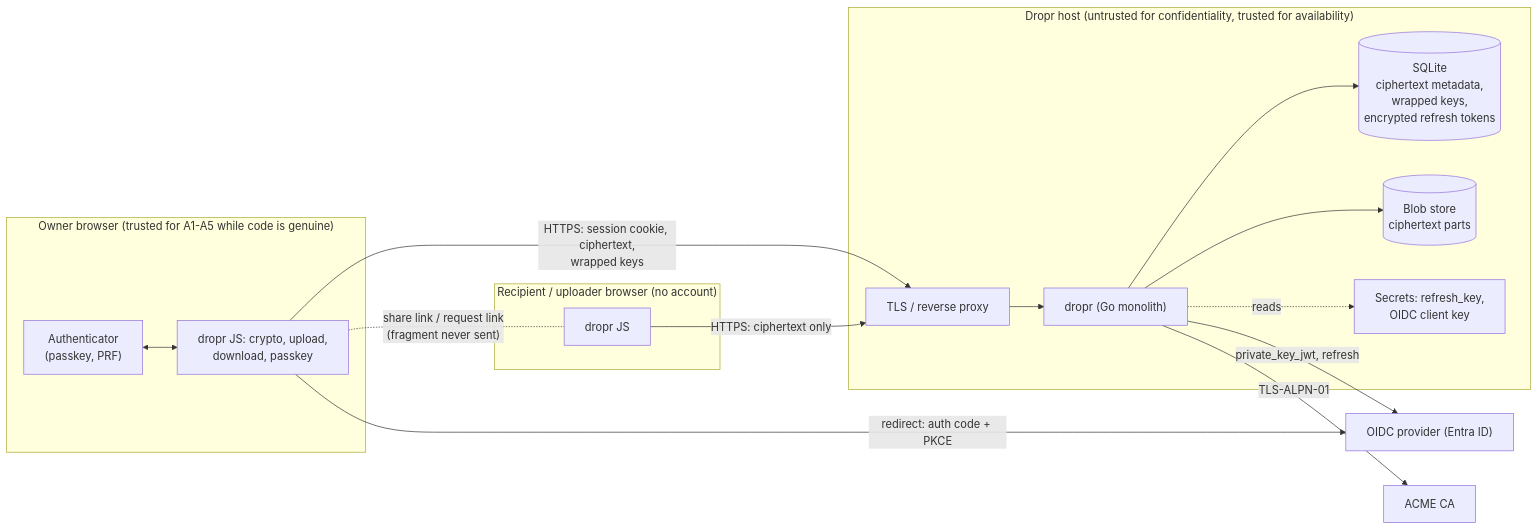
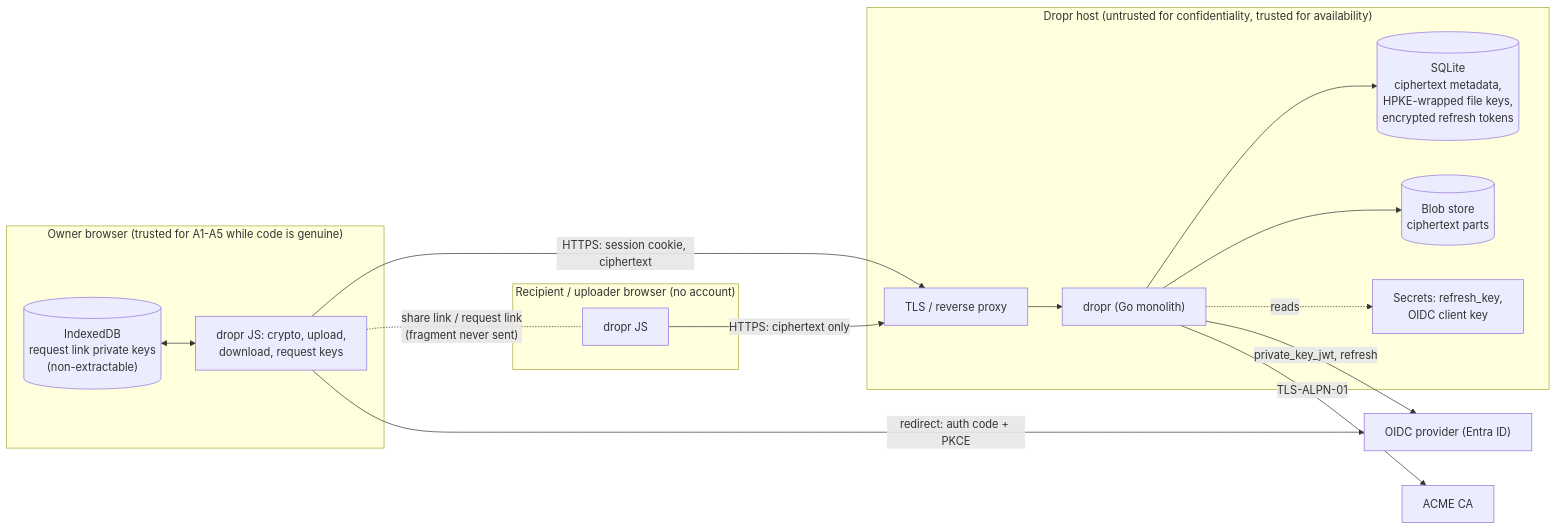
The diagram in docs/THREAT_MODEL.md (Scttpr/Dropr), drawn with Mermaid before and after one commit. The commit also changed other lines of this file and 9 other files, not shown here.

First line of the commit message:
docs: replace passkeys with per-link browser keys

````diff
--- a/docs/THREAT_MODEL.md
+++ b/docs/THREAT_MODEL.md
@@ -47,31 +47,31 @@
 ```mermaid
 flowchart LR
   subgraph Browser_O["Owner browser (trusted for A1-A5 while code is genuine)"]
-    OB["dropr JS: crypto, upload,<br/>download, passkey"]
-    AUTH["Authenticator<br/>(passkey, PRF)"]
+    OB["dropr JS: crypto, upload,<br/>download, request keys"]
+    IDB[("IndexedDB<br/>request link private keys<br/>(non-extractable)")]
   end
   subgraph Browser_R["Recipient / uploader browser (no account)"]
     RB["dropr JS"]
   end
   subgraph Host["Dropr host (untrusted for confidentiality, trusted for availability)"]
     TLS["TLS / reverse proxy"]
     APP["dropr (Go monolith)"]
-    DB[("SQLite<br/>ciphertext metadata,<br/>wrapped keys,<br/>encrypted refresh tokens")]
+    DB[("SQLite<br/>ciphertext metadata,<br/>HPKE-wrapped file keys,<br/>encrypted refresh tokens")]
     BL[("Blob store<br/>ciphertext parts")]
     SEC["Secrets: refresh_key,<br/>OIDC client key"]
   end
   IDP["OIDC provider (Entra ID)"]
   LE["ACME CA"]
 
-  OB -- "HTTPS: session cookie, ciphertext,<br/>wrapped keys" --> TLS
+  OB -- "HTTPS: session cookie, ciphertext" --> TLS
   RB -- "HTTPS: ciphertext only" --> TLS
   TLS --> APP
   APP --> DB
   APP --> BL
   APP -.reads.-> SEC
   OB -- "redirect: auth code + PKCE" --> IDP
   APP -- "private_key_jwt, refresh" --> IDP
   APP -- "TLS-ALPN-01" --> LE
-  AUTH <--> OB
+  IDB <--> OB
   OB -. "share link / request link<br/>(fragment never sent)" .- RB
 ```
````
